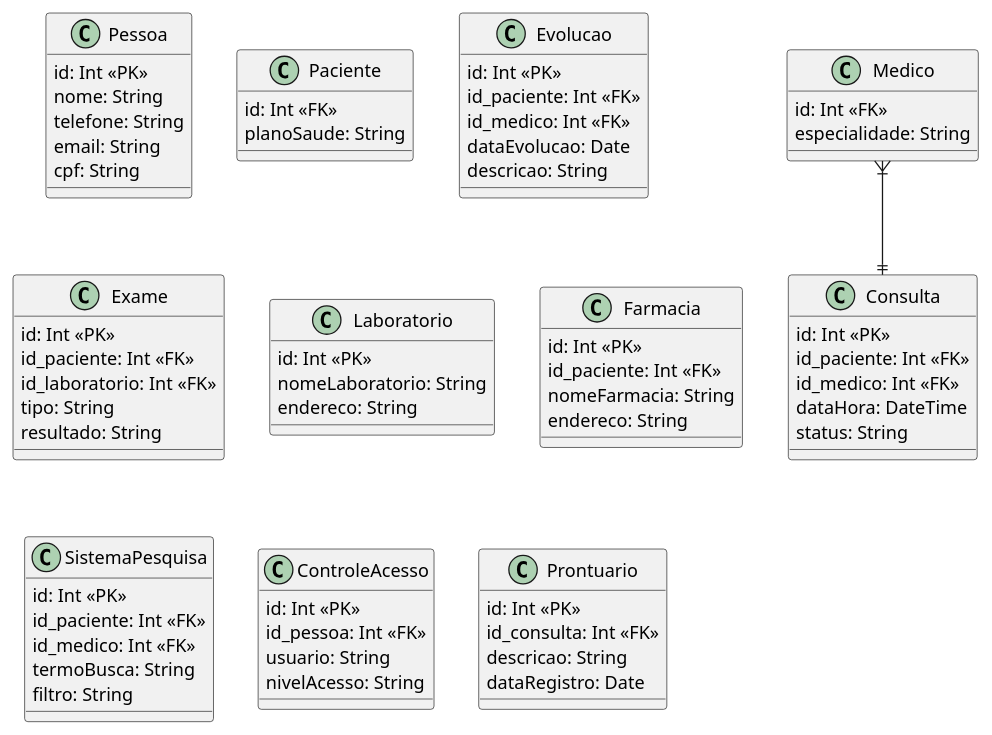
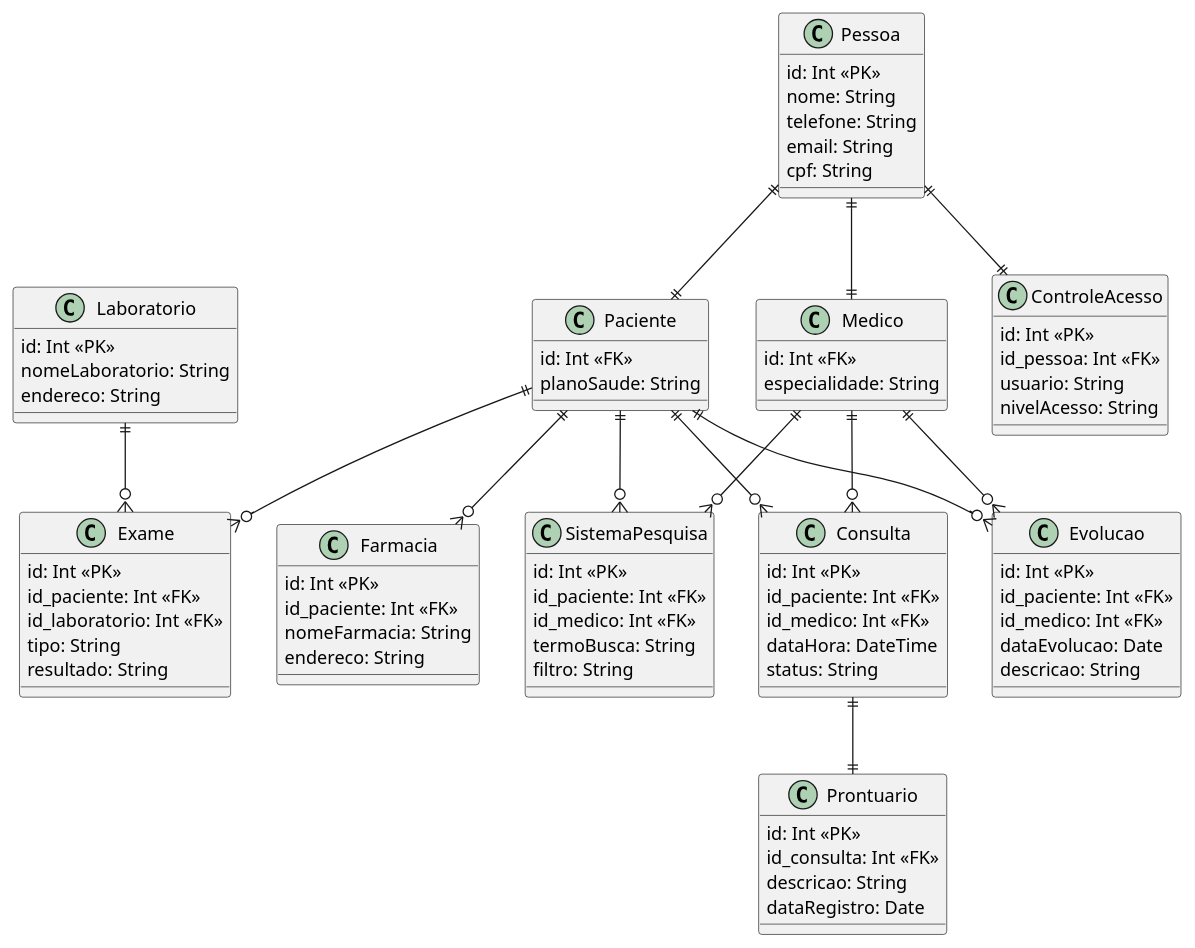
The diagram in digramaRelacional.puml (CaueGR/A3-MS), drawn with PlantUML before and after one commit.

Commit message:
flechas_relacional

```diff
--- a/digramaRelacional.puml
+++ b/digramaRelacional.puml
@@ -1,84 +1,105 @@
 @startuml Prontuário Médico (com <<PK>> e <<FK>>)
 
 class Pessoa {
   id: Int <<PK>>
   nome: String
   telefone: String
   email: String
   cpf: String
 }
 
 class Paciente {
   id: Int <<FK>>
   planoSaude: String
 }
 
 class Medico {
   id: Int <<FK>>
   especialidade: String
 }
 
 class Consulta {
   id: Int <<PK>>
   id_paciente: Int <<FK>>
   id_medico: Int <<FK>>
   dataHora: DateTime
   status: String
 }
 
 class Evolucao{
   id: Int <<PK>>
   id_paciente: Int <<FK>>
   id_medico: Int <<FK>>
   dataEvolucao: Date
   descricao: String
 }
 
 class Exame {
   id: Int <<PK>>
   id_paciente: Int <<FK>>
   id_laboratorio: Int <<FK>>
   tipo: String
   resultado: String
 }
 
 class Laboratorio {
   id: Int <<PK>>
   nomeLaboratorio: String
   endereco: String
 }
 
 class Farmacia {
   id: Int <<PK>>
   id_paciente: Int <<FK>>
   nomeFarmacia: String
   endereco: String
 }
 
 class SistemaPesquisa {
   id: Int <<PK>>
   id_paciente: Int <<FK>>
   id_medico: Int <<FK>>
   termoBusca: String
   filtro: String
 }
 
 class ControleAcesso {
   id: Int <<PK>>
   id_pessoa: Int <<FK>>
   usuario: String
   nivelAcesso: String
 }
 
 class Prontuario {
   id: Int <<PK>>
   id_consulta: Int <<FK>>
   descricao: String
   dataRegistro: Date
 }
 
+Pessoa ||--|| Medico 
+Pessoa ||--|| Paciente 
 
-Medico }|--|| Consulta
+Medico ||--o{ Consulta 
 
+Paciente ||--o{ Consulta 
+
+Paciente ||--o{ Evolucao 
+
+Medico ||--o{ Evolucao 
+
+Paciente ||--o{ Exame 
+
+Laboratorio ||--o{ Exame 
+
+Paciente ||--o{ Farmacia 
+
+Paciente ||--o{ SistemaPesquisa 
+
+Medico ||--o{ SistemaPesquisa 
+
+Pessoa ||--|| ControleAcesso 
+
+Consulta ||--|| Prontuario 
 
 @enduml
```
